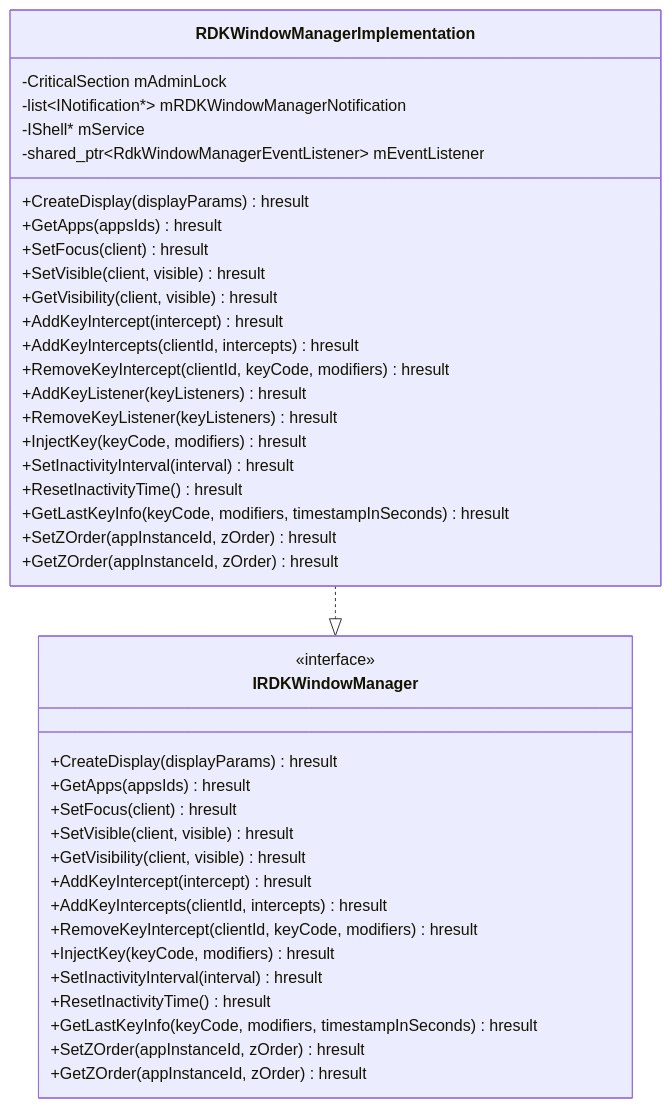
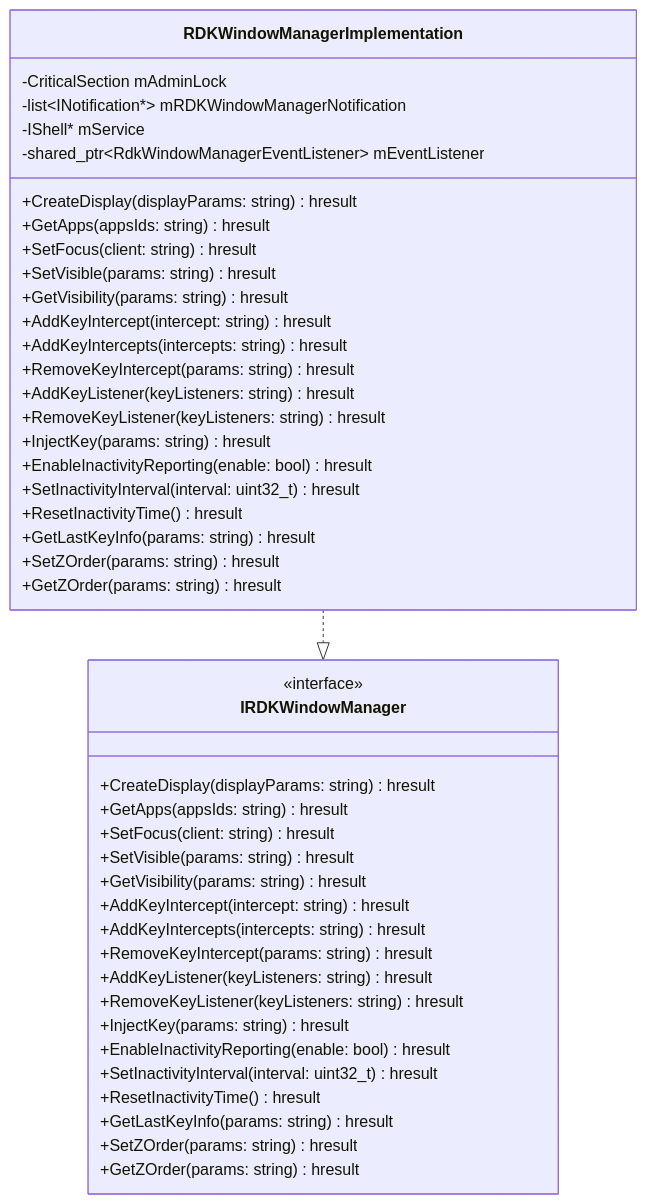
One commit to rdkcentral/entservices-appmanagers changed the second of 4 diagrams in RDKWindowManager/RDKWindowManager.md. Above: the diagram before and after it, drawn with Mermaid. The commit also changed 5 other files, not shown here.

````diff
--- a/RDKWindowManager/RDKWindowManager.md
+++ b/RDKWindowManager/RDKWindowManager.md
@@ -60,45 +60,49 @@
 ```mermaid
 classDiagram
     class RDKWindowManagerImplementation {
         -CriticalSection mAdminLock
         -list~INotification*~ mRDKWindowManagerNotification
         -IShell* mService
         -shared_ptr~RdkWindowManagerEventListener~ mEventListener
-        +CreateDisplay(displayParams) hresult
-        +GetApps(appsIds) hresult
-        +SetFocus(client) hresult
-        +SetVisible(client, visible) hresult
-        +GetVisibility(client, visible) hresult
-        +AddKeyIntercept(intercept) hresult
-        +AddKeyIntercepts(clientId, intercepts) hresult
-        +RemoveKeyIntercept(clientId, keyCode, modifiers) hresult
-        +AddKeyListener(keyListeners) hresult
-        +RemoveKeyListener(keyListeners) hresult
-        +InjectKey(keyCode, modifiers) hresult
-        +SetInactivityInterval(interval) hresult
+        +CreateDisplay(displayParams: string) hresult
+        +GetApps(appsIds: string) hresult
+        +SetFocus(client: string) hresult
+        +SetVisible(params: string) hresult
+        +GetVisibility(params: string) hresult
+        +AddKeyIntercept(intercept: string) hresult
+        +AddKeyIntercepts(intercepts: string) hresult
+        +RemoveKeyIntercept(params: string) hresult
+        +AddKeyListener(keyListeners: string) hresult
+        +RemoveKeyListener(keyListeners: string) hresult
+        +InjectKey(params: string) hresult
+        +EnableInactivityReporting(enable: bool) hresult
+        +SetInactivityInterval(interval: uint32_t) hresult
         +ResetInactivityTime() hresult
-        +GetLastKeyInfo(keyCode, modifiers, timestampInSeconds) hresult
-        +SetZOrder(appInstanceId, zOrder) hresult
-        +GetZOrder(appInstanceId, zOrder) hresult
+        +GetLastKeyInfo(params: string) hresult
+        +SetZOrder(params: string) hresult
+        +GetZOrder(params: string) hresult
     }
 
     class IRDKWindowManager {
         <<interface>>
-        +CreateDisplay(displayParams) hresult
-        +GetApps(appsIds) hresult
-        +SetFocus(client) hresult
-        +SetVisible(client, visible) hresult
-        +GetVisibility(client, visible) hresult
-        +AddKeyIntercept(intercept) hresult
-        +AddKeyIntercepts(clientId, intercepts) hresult
-        +RemoveKeyIntercept(clientId, keyCode, modifiers) hresult
-        +InjectKey(keyCode, modifiers) hresult
-        +SetInactivityInterval(interval) hresult
+        +CreateDisplay(displayParams: string) hresult
+        +GetApps(appsIds: string) hresult
+        +SetFocus(client: string) hresult
+        +SetVisible(params: string) hresult
+        +GetVisibility(params: string) hresult
+        +AddKeyIntercept(intercept: string) hresult
+        +AddKeyIntercepts(intercepts: string) hresult
+        +RemoveKeyIntercept(params: string) hresult
+        +AddKeyListener(keyListeners: string) hresult
+        +RemoveKeyListener(keyListeners: string) hresult
+        +InjectKey(params: string) hresult
+        +EnableInactivityReporting(enable: bool) hresult
+        +SetInactivityInterval(interval: uint32_t) hresult
         +ResetInactivityTime() hresult
-        +GetLastKeyInfo(keyCode, modifiers, timestampInSeconds) hresult
-        +SetZOrder(appInstanceId, zOrder) hresult
-        +GetZOrder(appInstanceId, zOrder) hresult
+        +GetLastKeyInfo(params: string) hresult
+        +SetZOrder(params: string) hresult
+        +GetZOrder(params: string) hresult
     }
 
     RDKWindowManagerImplementation ..|> IRDKWindowManager
 ```
````
